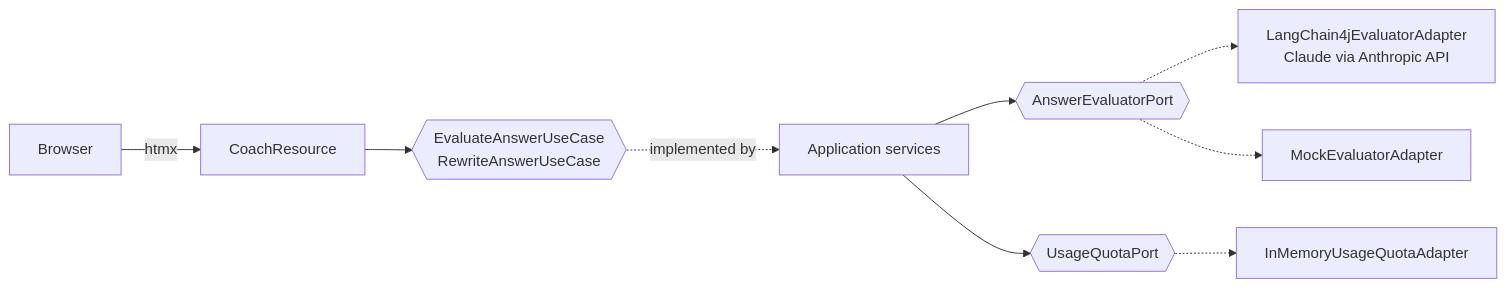
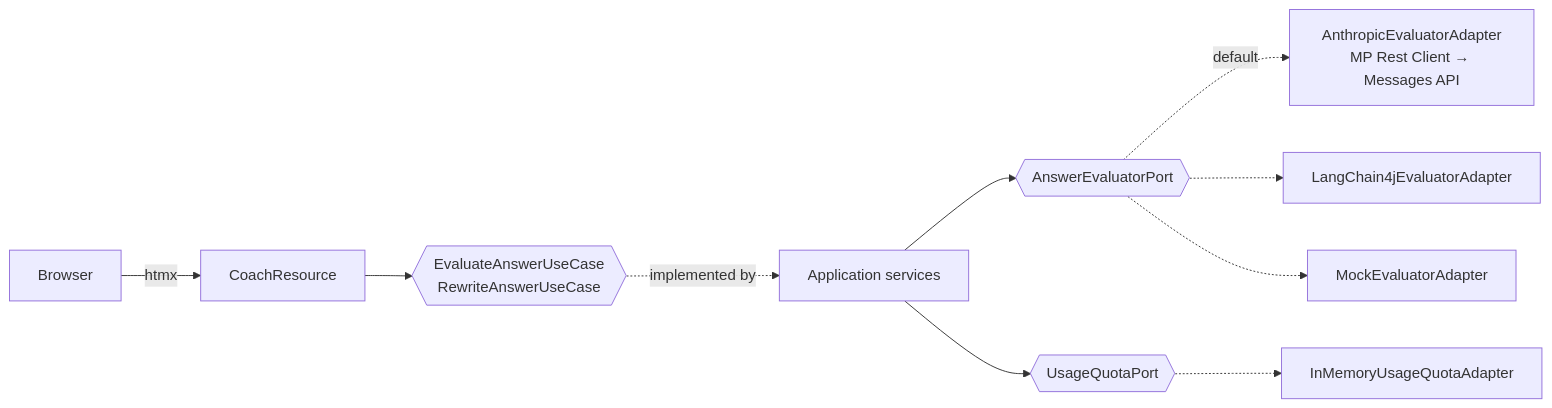
Before and after one commit to charold29/interview-coach: the diagram in README.md, drawn with Mermaid. The commit also changed other lines of this file and 1 other file, not shown here.

First line of the commit message:
README: document the direct Anthropic adapter and new settings

````diff
--- a/README.md
+++ b/README.md
@@ -65,11 +69,12 @@
 ```mermaid
 flowchart LR
     Browser -->|htmx| Web[CoachResource]
     Web --> UC{{EvaluateAnswerUseCase<br/>RewriteAnswerUseCase}}
     UC -.implemented by.-> App[Application services]
     App --> EP{{AnswerEvaluatorPort}}
     App --> QP{{UsageQuotaPort}}
-    EP -.-> LLM[LangChain4jEvaluatorAdapter<br/>Claude via Anthropic API]
+    EP -.default.-> Direct[AnthropicEvaluatorAdapter<br/>MP Rest Client → Messages API]
+    EP -.-> LC4J[LangChain4jEvaluatorAdapter]
     EP -.-> Mock[MockEvaluatorAdapter]
     QP -.-> Mem[InMemoryUsageQuotaAdapter]
 ```
````
